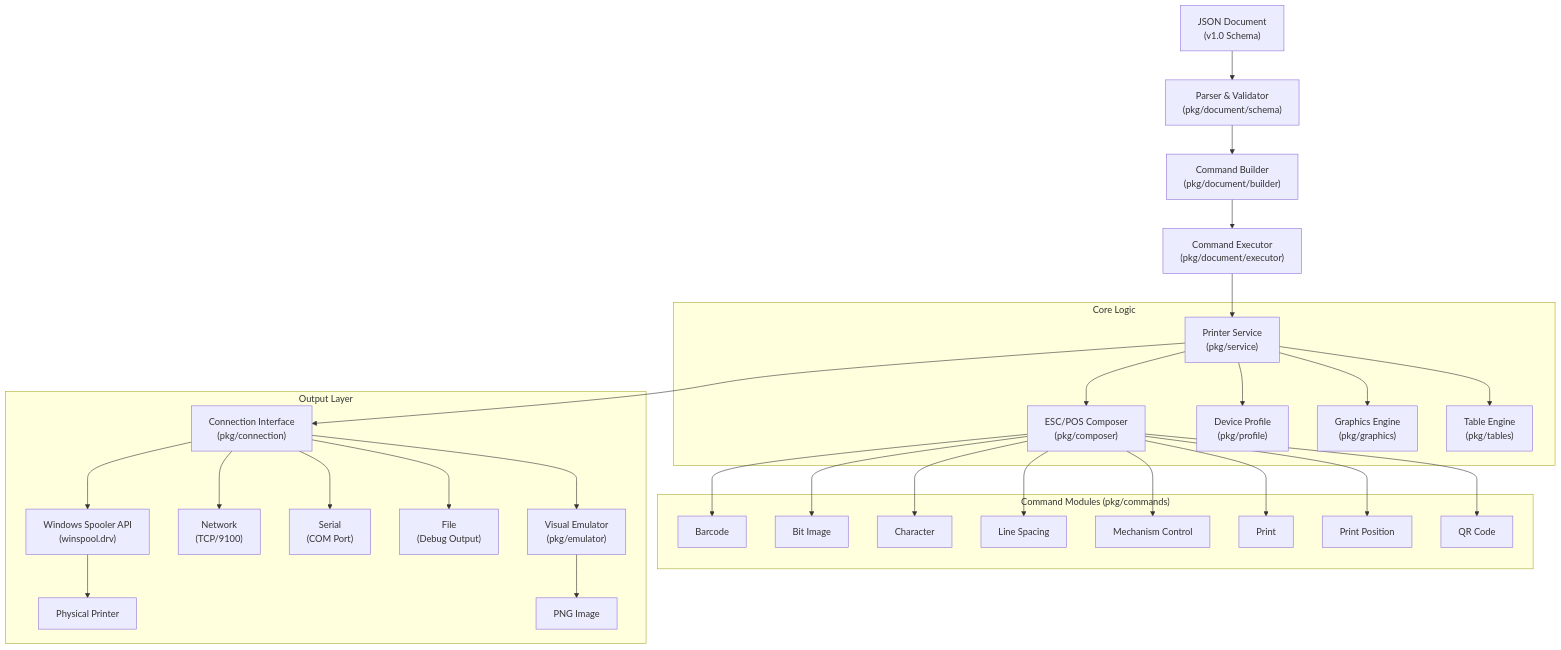
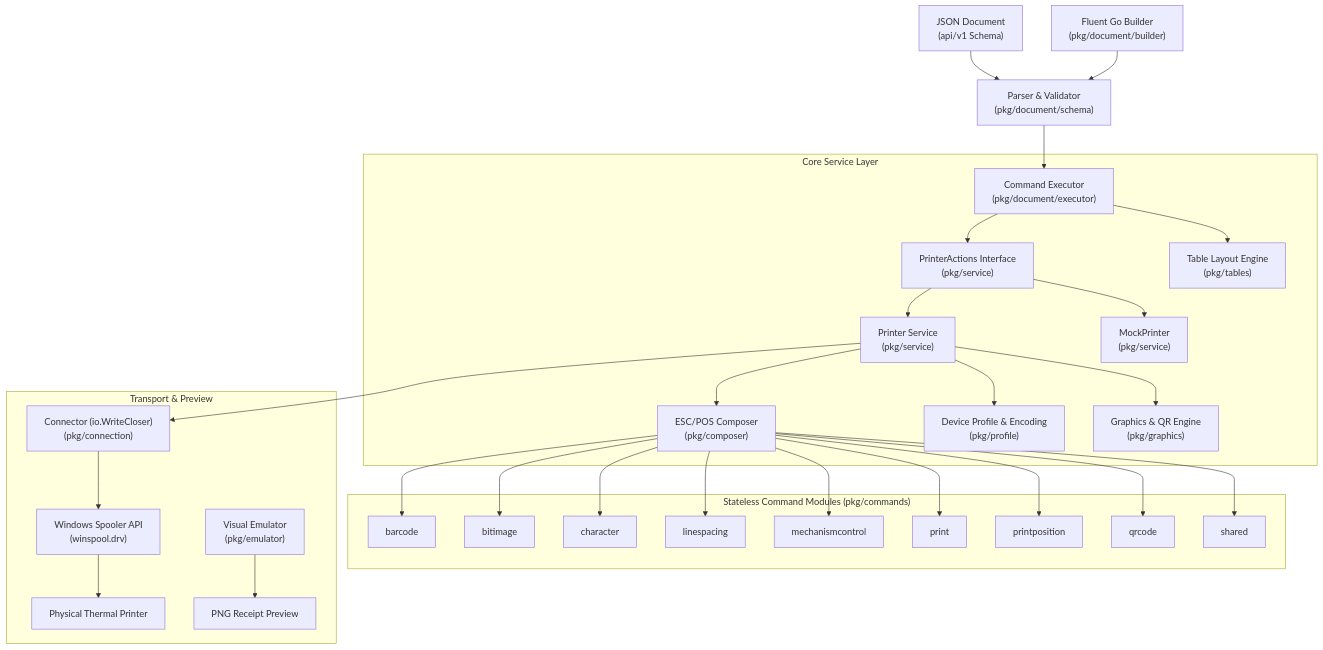
Before and after one commit to adcondev/poster: the diagram in README.md, drawn with Mermaid. The commit also changed other lines of this file and 1 other file, not shown here.

Commit message:
docs(poster): align AGENTS.md and README.md with v1.0 architecture

````diff
--- a/README.md
+++ b/README.md
@@ -48,37 +46,35 @@
 ```mermaid
-graph TD
-    JSON["JSON Document<br/>(v1.0 Schema)"] --> Parser["Parser & Validator<br/>(pkg/document/schema)"]
-    Parser --> Builder["Command Builder<br/>(pkg/document/builder)"]
-    Builder --> Executor["Command Executor<br/>(pkg/document/executor)"]
-    Executor --> Service["Printer Service<br/>(pkg/service)"]
+flowchart TD
+    JSON["JSON Document<br/>(api/v1 Schema)"] --> Schema["Parser & Validator<br/>(pkg/document/schema)"]
+    Builder["Fluent Go Builder<br/>(pkg/document/builder)"] --> Schema
+    Schema --> Executor["Command Executor<br/>(pkg/document/executor)"]
+    Executor --> Actions["PrinterActions Interface<br/>(pkg/service)"]
 
-    subgraph "Core Logic"
+    subgraph "Core Service Layer"
+        Actions --> Service["Printer Service<br/>(pkg/service)"]
+        Actions --> Mock["MockPrinter<br/>(pkg/service)"]
         Service --> Protocol["ESC/POS Composer<br/>(pkg/composer)"]
-        Service --> Profile["Device Profile<br/>(pkg/profile)"]
-        Service --> Graphics["Graphics Engine<br/>(pkg/graphics)"]
-        Service --> Tables["Table Engine<br/>(pkg/tables)"]
+        Service --> Profile["Device Profile & Encoding<br/>(pkg/profile)"]
+        Service --> Graphics["Graphics & QR Engine<br/>(pkg/graphics)"]
+        Executor --> Tables["Table Layout Engine<br/>(pkg/tables)"]
     end
 
-    subgraph "Command Modules (pkg/commands)"
-        Protocol --> Barcode["Barcode"]
-        Protocol --> BitImage["Bit Image"]
-        Protocol --> Character["Character"]
-        Protocol --> LineSpacing["Line Spacing"]
-        Protocol --> MechControl["Mechanism Control"]
-        Protocol --> PrintCmd["Print"]
-        Protocol --> PrintPos["Print Position"]
-        Protocol --> QRCode["QR Code"]
+    subgraph "Stateless Command Modules (pkg/commands)"
+        Protocol --> Barcode["barcode"]
+        Protocol --> BitImage["bitimage"]
+        Protocol --> Character["character"]
+        Protocol --> LineSpacing["linespacing"]
+        Protocol --> MechControl["mechanismcontrol"]
+        Protocol --> PrintCmd["print"]
+        Protocol --> PrintPos["printposition"]
+        Protocol --> QRCode["qrcode"]
+        Protocol --> Shared["shared"]
     end
 
-    Service --> Connector["Connection Interface<br/>(pkg/connection)"]
-
-    subgraph "Output Layer"
+    subgraph "Transport & Preview"
+        Service --> Connector["Connector (io.WriteCloser)<br/>(pkg/connection)"]
         Connector --> WinAPI["Windows Spooler API<br/>(winspool.drv)"]
-        Connector --> Network["Network<br/>(TCP/9100)"]
-        Connector --> Serial["Serial<br/>(COM Port)"]
-        Connector --> FileOut["File<br/>(Debug Output)"]
-        Connector --> Emulator["Visual Emulator<br/>(pkg/emulator)"]
-        WinAPI --> Device["Physical Printer"]
-        Emulator --> PNG["PNG Image"]
+        WinAPI --> Device["Physical Thermal Printer"]
+        Emulator["Visual Emulator<br/>(pkg/emulator)"] --> PNG["PNG Receipt Preview"]
     end
 ```
````
